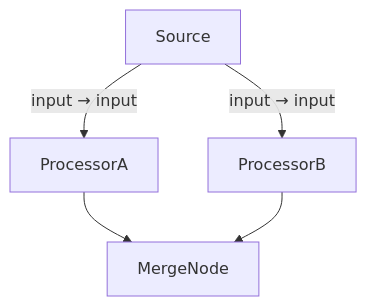
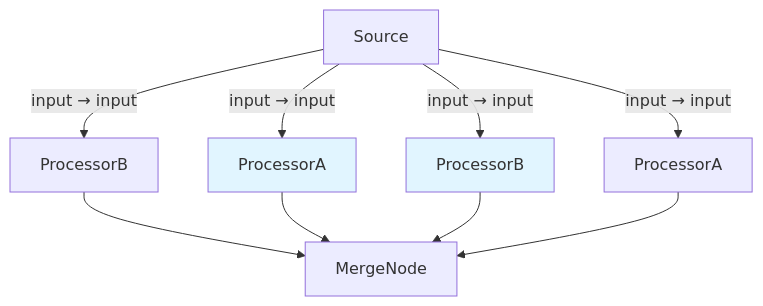
One commit to briday1/graph-sp changed the fifth of 6 diagrams in README.md. Above: the diagram before and after it, drawn with Mermaid. The commit also changed other lines of this file and 3 other files, not shown here.

````diff
--- a/README.md
+++ b/README.md
@@ -396,11 +424,19 @@
 ```mermaid
 graph TD
-    0["Source"]
-    1["ProcessorA"]
-    2["ProcessorB"]
-    5["MergeNode"]
-    0 -->|input → input| 1
-    0 -->|input → input| 2
-    1 --> 5
-    2 --> 5
+0["Source"]
+1["ProcessorA"]
+2["ProcessorB"]
+3["ProcessorA"]
+4["ProcessorB"]
+5["MergeNode"]
+0 -->|input → input| 1
+0 -->|input → input| 2
+0 -->|input → input| 3
+0 -->|input → input| 4
+4 --> 5
+1 --> 5
+2 --> 5
+3 --> 5
+style 1 fill:#e1f5ff
+style 2 fill:#e1f5ff
 ```
````
